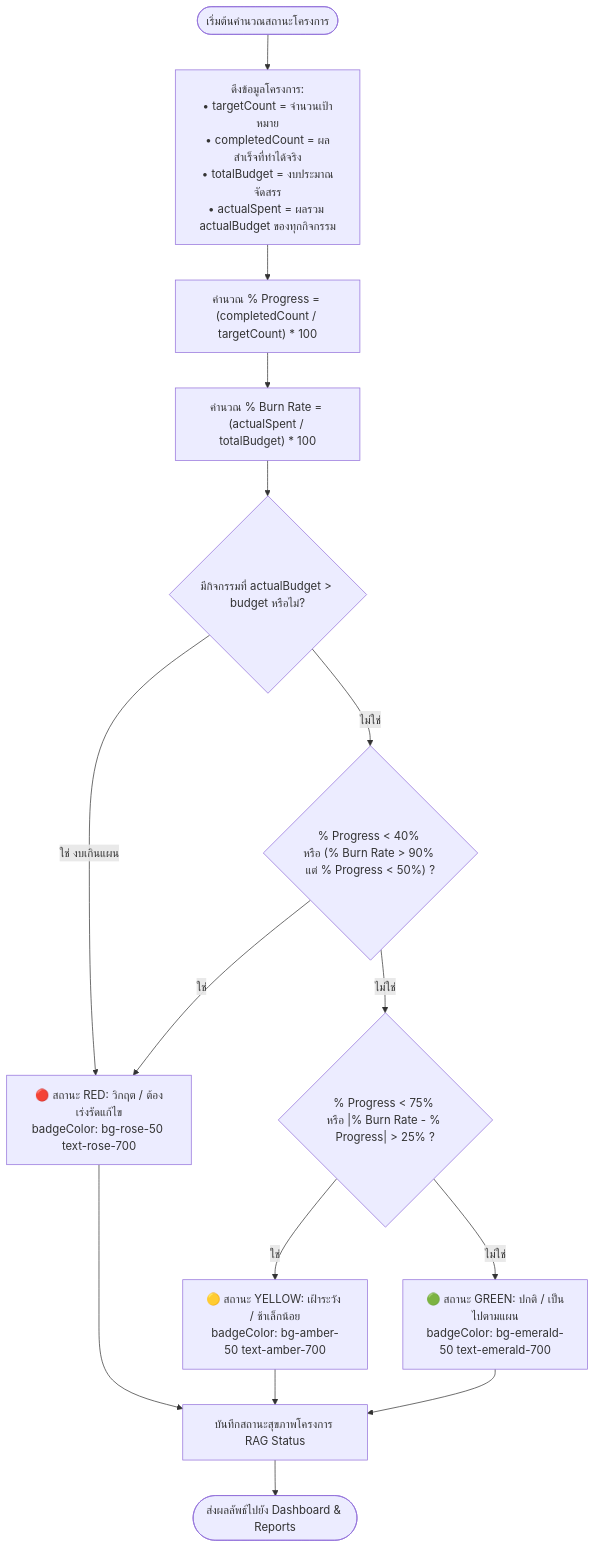
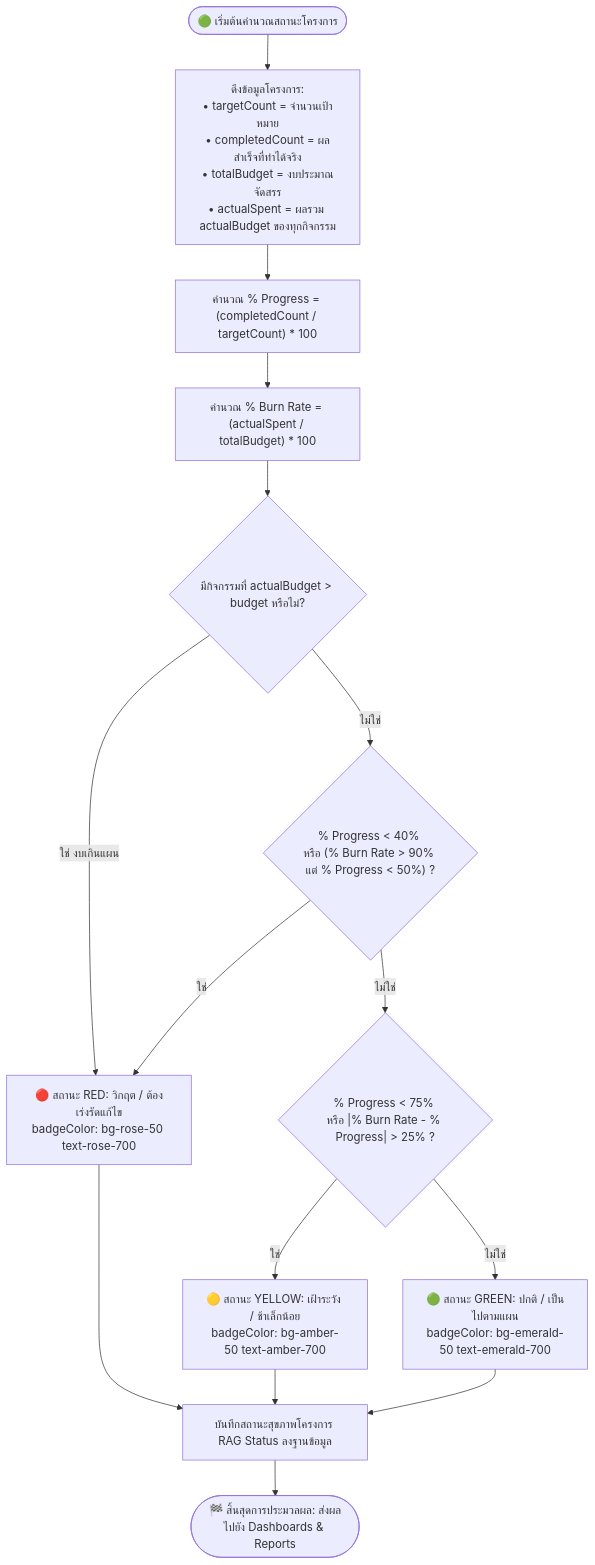
One commit to teeraphonn/bru-strategic-tracking changed the sixth of 7 diagrams in flowchart.md. Above: the diagram before and after it, drawn with Mermaid. The commit also changed other lines of this file, not shown here.

Commit message:
Docs(SA): Refine system flowchart with explicit start-end nodes, database storage, and linear flow

````diff
--- a/flowchart.md
+++ b/flowchart.md
@@ -266,27 +278,27 @@
 ```mermaid
 flowchart TD
-    Calc_Start([เริ่มต้นคำนวณสถานะโครงการ]) --> GetMetrics[ดึงข้อมูลโครงการ:<br/>• targetCount = จำนวนเป้าหมาย<br/>• completedCount = ผลสำเร็จที่ทำได้จริง<br/>• totalBudget = งบประมาณจัดสรร<br/>• actualSpent = ผลรวม actualBudget ของทุกกิจกรรม]
+    Calc_Start([🟢 เริ่มต้นคำนวณสถานะโครงการ]) --> GetMetrics[ดึงข้อมูลโครงการ:<br/>• targetCount = จำนวนเป้าหมาย<br/>• completedCount = ผลสำเร็จที่ทำได้จริง<br/>• totalBudget = งบประมาณจัดสรร<br/>• actualSpent = ผลรวม actualBudget ของทุกกิจกรรม]
     
     GetMetrics --> CalcProgress["คำนวณ % Progress = (completedCount / targetCount) * 100"]
     CalcProgress --> CalcBurnRate["คำนวณ % Burn Rate = (actualSpent / totalBudget) * 100"]
     
     CalcBurnRate --> CheckOverBudget{มีกิจกรรมที่ actualBudget > budget หรือไม่?}
     
     CheckOverBudget -->|ใช่ งบเกินแผน| SetRED[🔴 สถานะ RED: วิกฤต / ต้องเร่งรัดแก้ไข<br/>badgeColor: bg-rose-50 text-rose-700]
     
     CheckOverBudget -->|ไม่ใช่| CheckRedCond{"% Progress < 40% <br/>หรือ (% Burn Rate > 90% แต่ % Progress < 50%) ?"}
     
     CheckRedCond -->|ใช่| SetRED
     
     CheckRedCond -->|ไม่ใช่| CheckYellowCond{"% Progress < 75% <br/>หรือ |% Burn Rate - % Progress| > 25% ?"}
     
     CheckYellowCond -->|ใช่| SetYELLOW[🟡 สถานะ YELLOW: เฝ้าระวัง / ช้าเล็กน้อย<br/>badgeColor: bg-amber-50 text-amber-700]
     
     CheckYellowCond -->|ไม่ใช่| SetGREEN[🟢 สถานะ GREEN: ปกติ / เป็นไปตามแผน<br/>badgeColor: bg-emerald-50 text-emerald-700]
     
-    SetRED --> UpdateProjectStatus[บันทึกสถานะสุขภาพโครงการ RAG Status]
+    SetRED --> UpdateProjectStatus[บันทึกสถานะสุขภาพโครงการ RAG Status ลงฐานข้อมูล]
     SetYELLOW --> UpdateProjectStatus
     SetGREEN --> UpdateProjectStatus
     
-    UpdateProjectStatus --> Calc_End([ส่งผลลัพธ์ไปยัง Dashboard & Reports])
+    UpdateProjectStatus --> Calc_End([🏁 สิ้นสุดการประมวลผล: ส่งผลไปยัง Dashboards & Reports])
 ```
````
